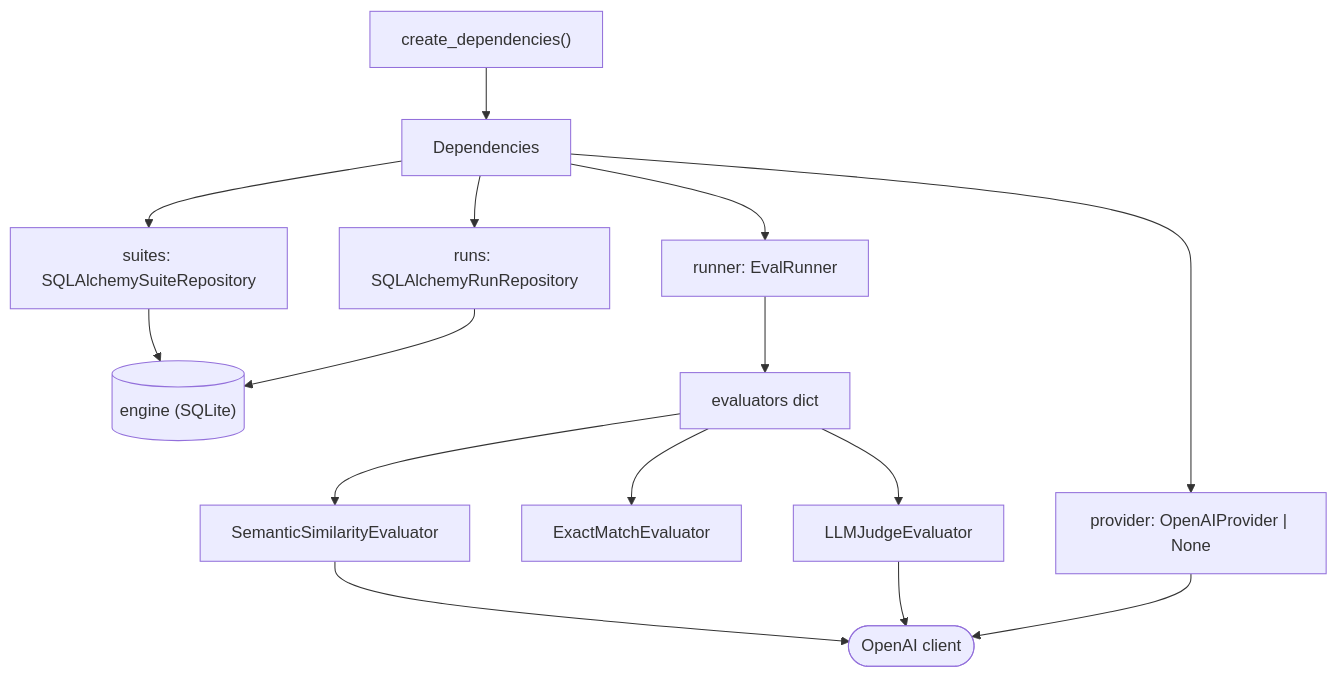
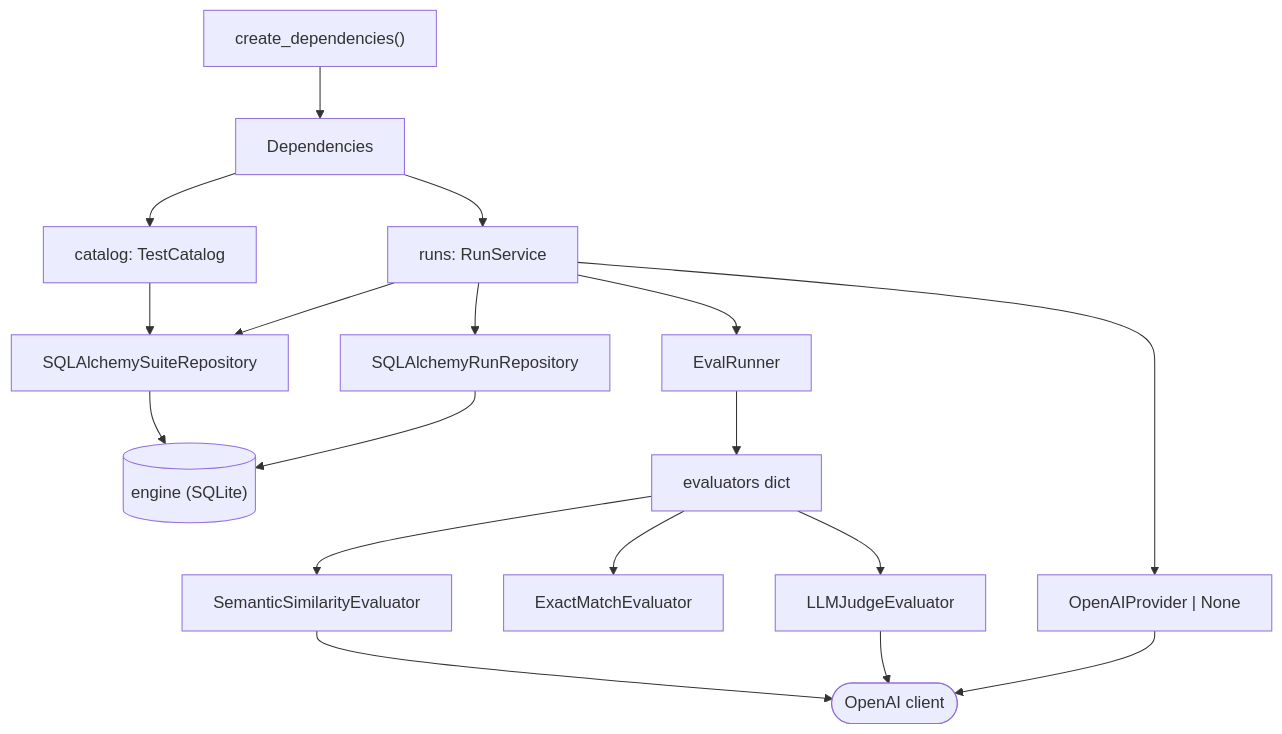
Before and after one commit to LucaPigo/smartest-ai-testbook: the diagram in python/doc/03-dependency-injection.md, drawn with Mermaid. The commit also changed other lines of this file and 25 other files, not shown here.

````diff
--- a/python/doc/03-dependency-injection.md
+++ b/python/doc/03-dependency-injection.md
@@ -94,17 +102,20 @@
 ```mermaid
 flowchart TD
     CD["create_dependencies()"] --> D["Dependencies"]
-    D --> S["suites: SQLAlchemySuiteRepository"]
-    D --> R["runs: SQLAlchemyRunRepository"]
-    D --> RU["runner: EvalRunner"]
-    D --> P["provider: OpenAIProvider | None"]
+    D --> TC["catalog: TestCatalog"]
+    D --> RS["runs: RunService"]
+    TC --> S["SQLAlchemySuiteRepository"]
+    RS --> S
+    RS --> R["SQLAlchemyRunRepository"]
+    RS --> RU["EvalRunner"]
+    RS --> P["OpenAIProvider | None"]
     S --> E[("engine (SQLite)")]
     R --> E
     RU --> EV["evaluators dict"]
     EV --> X["ExactMatchEvaluator"]
     EV --> SS["SemanticSimilarityEvaluator"]
     EV --> LJ["LLMJudgeEvaluator"]
     SS --> C(["OpenAI client"])
     LJ --> C
     P --> C
 ```
````
